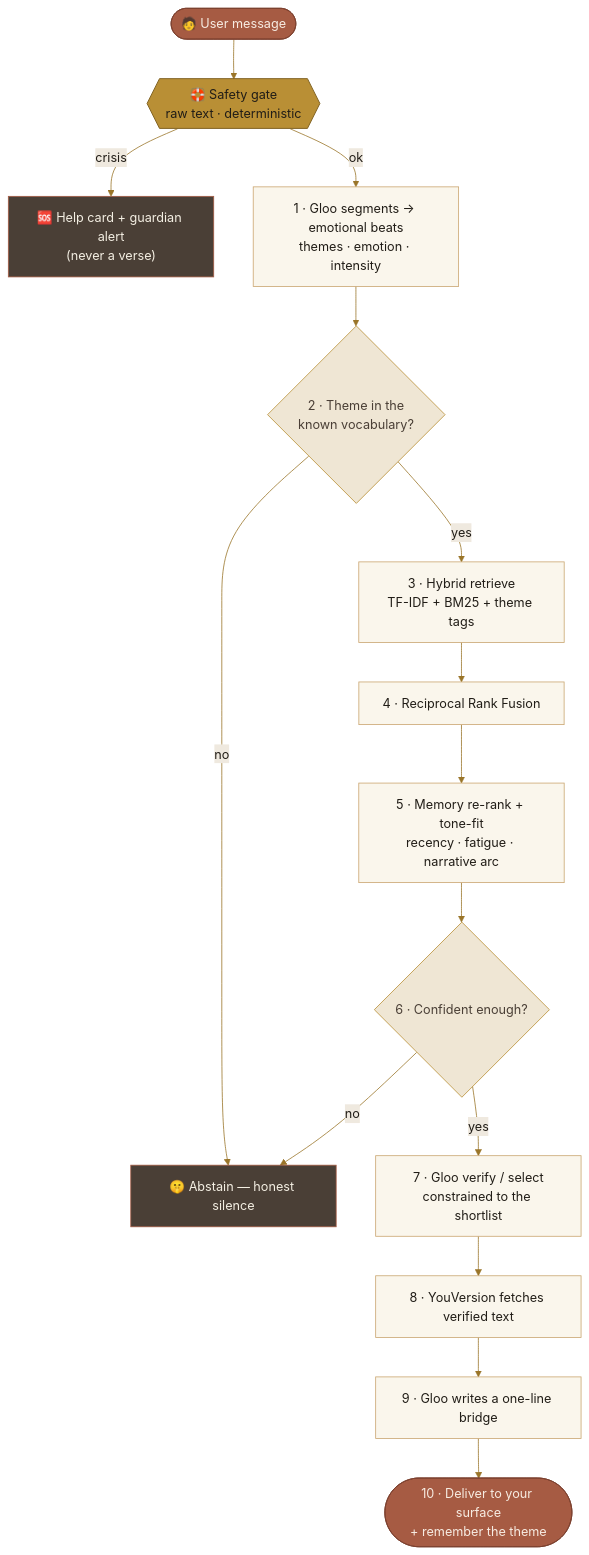
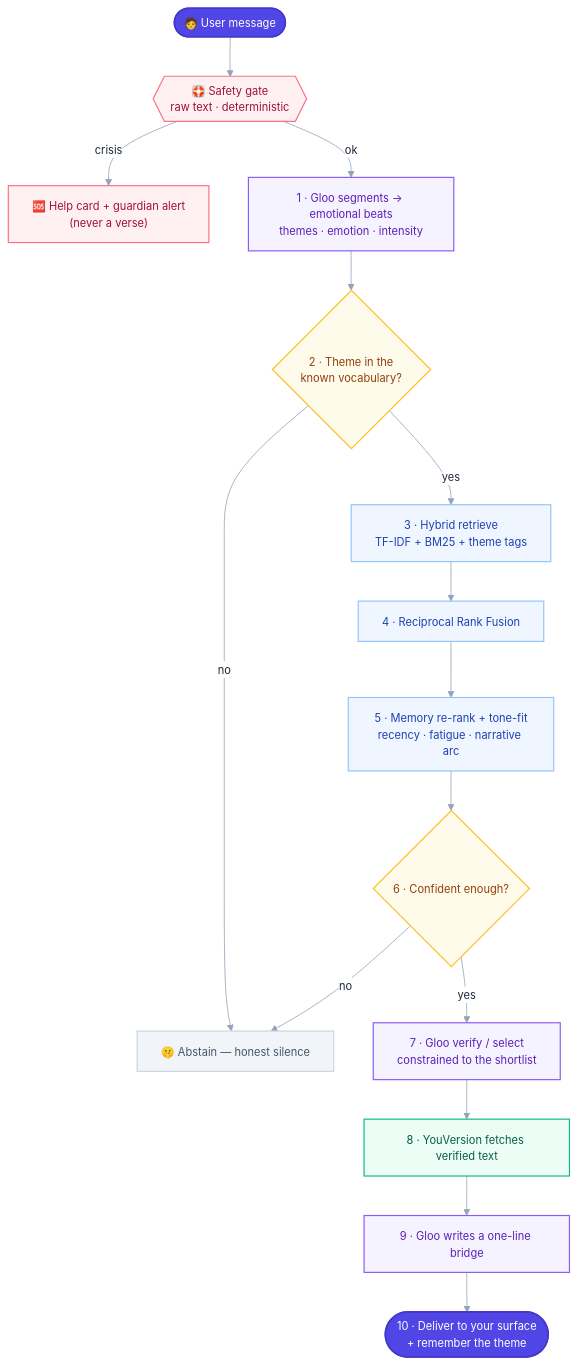
Before and after one commit to krizz711/resonate: the third of 3 diagrams in README.md, drawn with Mermaid. The commit also changed other lines of this file, not shown here.

Commit message:
README: cleaner, modern diagram palette (semantic, not warm)
Swap the muddy parchment diagram colors for a crisp, professional scheme —
neutral slate structure + purposeful accents: indigo = Resonate's own parts,
violet = Gloo AI, emerald = YouVersion (verified), rose = the safety path,
amber = decisions. Clean sans font, soft fills, crisp borders. All three
diagrams re-validated + rendered against mermaid v11 (GitHub's renderer);
old warm colors fully removed.

````diff
--- a/README.md
+++ b/README.md
@@ -172,29 +169,33 @@
 ```mermaid
-%%{init: {'theme':'base','themeVariables':{'fontFamily':'Georgia, serif','lineColor':'#9a7529','primaryColor':'#faf6ec','primaryTextColor':'#211d17','primaryBorderColor':'#a65b43','edgeLabelBackground':'#efe9df'}}}%%
+%%{init: {'theme':'base','themeVariables':{'fontFamily':'ui-sans-serif, system-ui, -apple-system, Segoe UI, sans-serif','fontSize':'14px','lineColor':'#94a3b8','primaryColor':'#f1f5f9','primaryTextColor':'#1e293b','primaryBorderColor':'#cbd5e1','clusterBkg':'#f8fafc','clusterBorder':'#e2e8f0','edgeLabelBackground':'#ffffff'}}}%%
 flowchart TD
     M(["🧑 User message"]) --> S{{"🛟 Safety gate<br/>raw text · deterministic"}}
     S -->|crisis| H["🆘 Help card + guardian alert<br/>(never a verse)"]
     S -->|ok| SEG["1 · Gloo segments → emotional beats<br/>themes · emotion · intensity"]
     SEG --> K{"2 · Theme in the<br/>known vocabulary?"}
     K -->|no| AB["🤫 Abstain — honest silence"]
     K -->|yes| R["3 · Hybrid retrieve<br/>TF-IDF + BM25 + theme tags"]
     R --> RRF["4 · Reciprocal Rank Fusion"]
     RRF --> RR["5 · Memory re-rank + tone-fit<br/>recency · fatigue · narrative arc"]
     RR --> C{"6 · Confident enough?"}
     C -->|no| AB
     C -->|yes| V["7 · Gloo verify / select<br/>constrained to the shortlist"]
     V --> F["8 · YouVersion fetches verified text"]
     F --> B["9 · Gloo writes a one-line bridge"]
     B --> D(["10 · Deliver to your surface<br/>+ remember the theme"])
 
-    classDef term fill:#a65b43,stroke:#7a3f2d,stroke-width:1px,color:#f7ece2;
-    classDef gate fill:#b98f35,stroke:#7d5f1e,stroke-width:1.2px,color:#211d17;
-    classDef step fill:#faf6ec,stroke:#c9a56f,stroke-width:1px,color:#211d17;
-    classDef decision fill:#efe6d4,stroke:#b98f35,stroke-width:1px,color:#4a3f36;
-    classDef stop fill:#4a3f36,stroke:#a65b43,stroke-width:1px,color:#f4efe3;
+    classDef term fill:#4f46e5,stroke:#4338ca,stroke-width:2px,color:#ffffff;
+    classDef safety fill:#fff1f2,stroke:#fb7185,stroke-width:1.5px,color:#9f1239;
+    classDef gloo fill:#f5f3ff,stroke:#8b5cf6,stroke-width:1.5px,color:#5b21b6;
+    classDef yv fill:#ecfdf5,stroke:#10b981,stroke-width:1.5px,color:#065f46;
+    classDef step fill:#eff6ff,stroke:#93c5fd,stroke-width:1.5px,color:#1e40af;
+    classDef decision fill:#fffbeb,stroke:#fbbf24,stroke-width:1.5px,color:#92400e;
+    classDef quiet fill:#f1f5f9,stroke:#cbd5e1,stroke-width:1.5px,color:#475569;
     class M,D term;
-    class S gate;
-    class SEG,R,RRF,RR,V,F,B step;
+    class S,H safety;
+    class SEG,V,B gloo;
+    class F yv;
+    class R,RRF,RR step;
     class K,C decision;
-    class H,AB stop;
+    class AB quiet;
 ```
````
